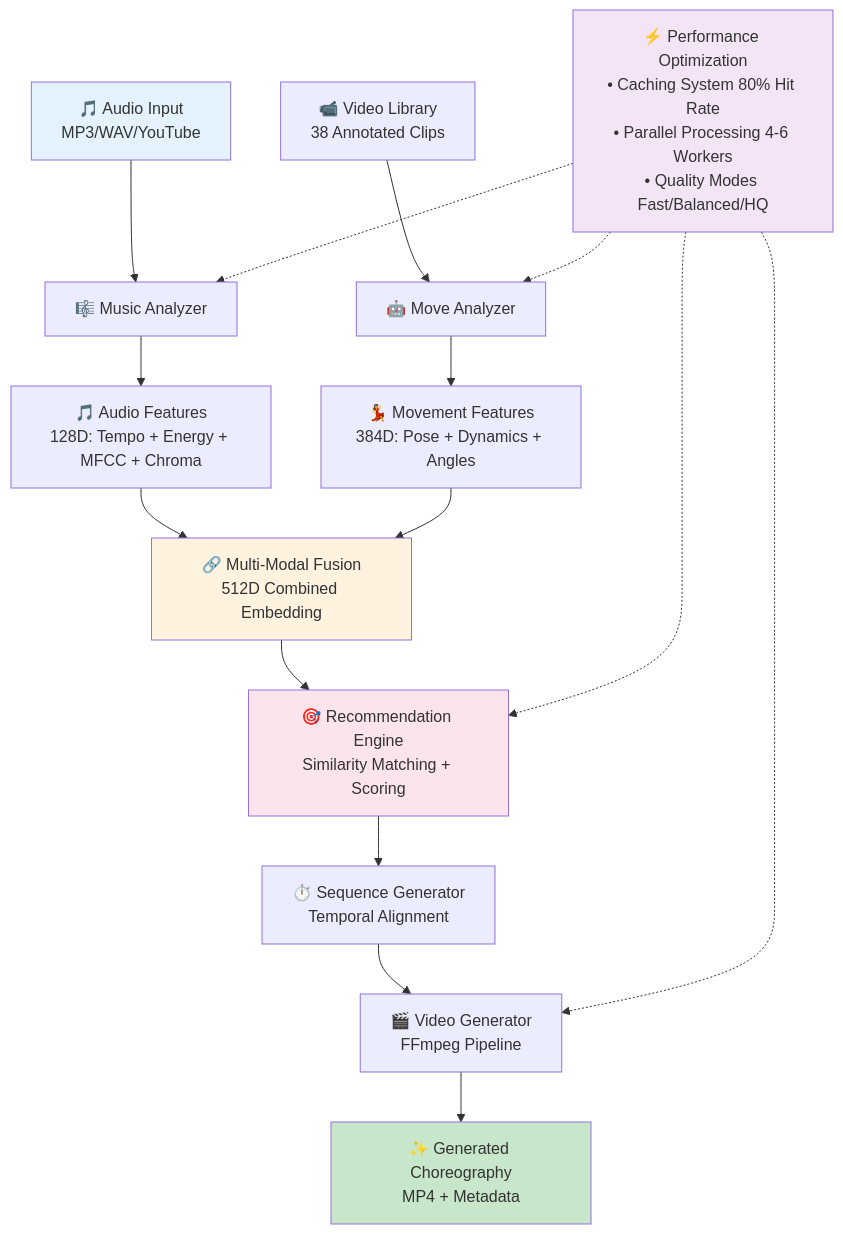
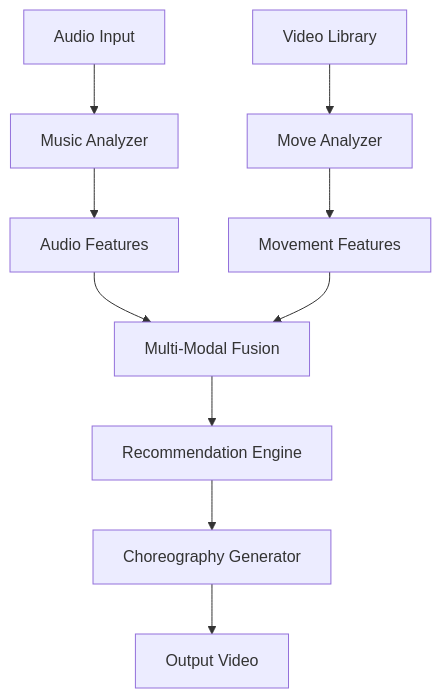
Before and after one commit to erickrex/bachata_vibes_qdrant: the diagram in bachata-choreography-generator/README.md, drawn with Mermaid. The commit also changed other lines of this file and 1 other file, not shown here.

````diff
--- a/bachata-choreography-generator/README.md
+++ b/bachata-choreography-generator/README.md
@@ -19,36 +21,12 @@
 ```mermaid
-flowchart TD
-    %% Input Layer
-    A[🎵 Audio Input<br/>MP3/WAV/YouTube] --> B[🎼 Music Analyzer]
-    V[📹 Video Library<br/>38 Annotated Clips] --> C[🤖 Move Analyzer]
-    
-    %% Feature Extraction
-    B --> D[🎵 Audio Features<br/>128D: Tempo + Energy + MFCC + Chroma]
-    C --> E[💃 Movement Features<br/>384D: Pose + Dynamics + Angles]
-    
-    %% ML Processing
-    D --> F[🔗 Multi-Modal Fusion<br/>512D Combined Embedding]
+graph TB
+    A[Audio Input] --> B[Music Analyzer]
+    V[Video Library] --> C[Move Analyzer]
+    B --> D[Audio Features]
+    C --> E[Movement Features]
+    D --> F[Multi-Modal Fusion]
     E --> F
-    
-    F --> G[🎯 Recommendation Engine<br/>Similarity Matching + Scoring]
-    
-    %% Sequence Generation
-    G --> H[⏱️ Sequence Generator<br/>Temporal Alignment]
-    
-    %% Output
-    H --> I[🎬 Video Generator<br/>FFmpeg Pipeline]
-    I --> J[✨ Generated Choreography<br/>MP4 + Metadata]
-    
-    %% Optimization (side connections)
-    K[⚡ Performance Optimization<br/>• Caching System 80% Hit Rate<br/>• Parallel Processing 4-6 Workers<br/>• Quality Modes Fast/Balanced/HQ] -.-> B
-    K -.-> C
-    K -.-> G
-    K -.-> I
-    
-    %% Styling
-    style A fill:#e3f2fd
-    style F fill:#fff3e0
-    style G fill:#fce4ec
-    style J fill:#c8e6c9
-    style K fill:#f3e5f5
+    F --> G[Recommendation Engine]
+    G --> H[Choreography Generator]
+    H --> I[Output Video]
 ```
````
